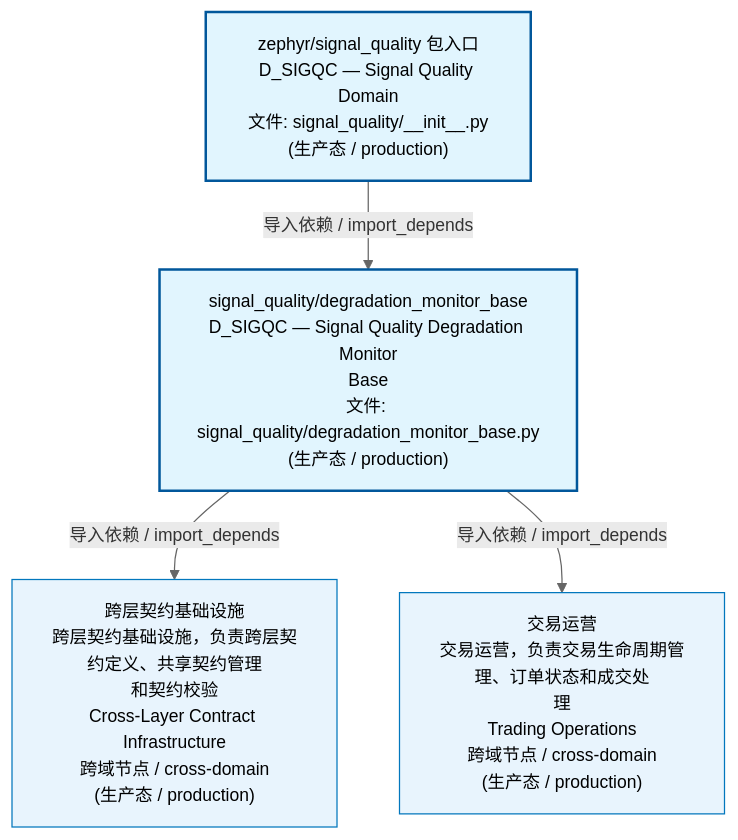
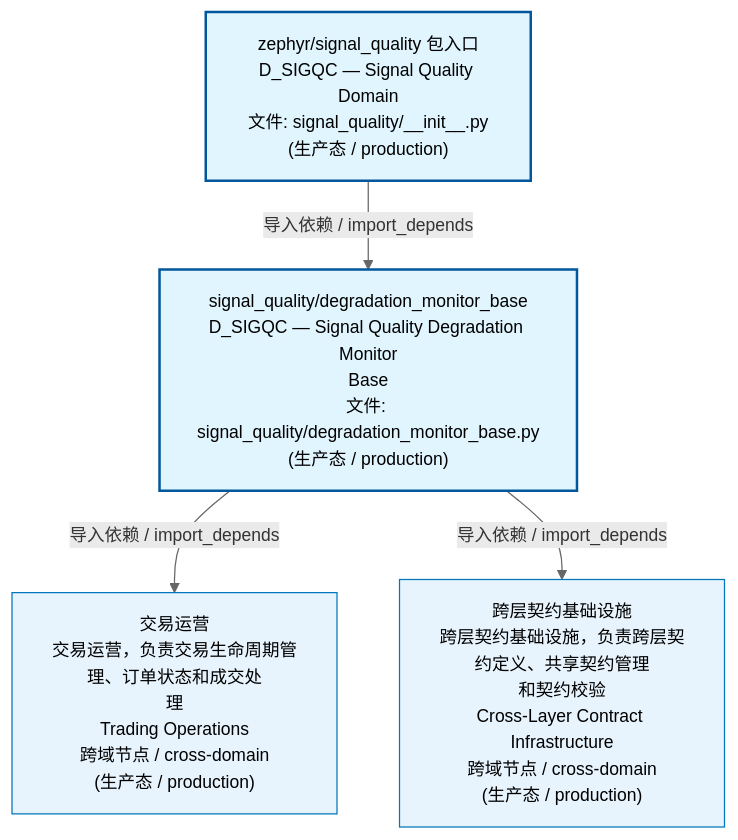
Before and after one commit to xuanFelixVan/ZephyrAlpha: the first of 3 diagrams in docs/02_enterprise_architecture/02_domain_architecture_docs/69_d_sigqc.md, drawn with Mermaid. The commit also changed 44 other files, not shown here.

````diff
--- a/docs/02_enterprise_architecture/02_domain_architecture_docs/69_d_sigqc.md
+++ b/docs/02_enterprise_architecture/02_domain_architecture_docs/69_d_sigqc.md
@@ -53,17 +53,17 @@
 ```mermaid
 %%{init: {'theme': 'base', 'themeVariables': {'primaryColor': '#eaeaea', 'primaryTextColor': '#333333', 'primaryBorderColor': '#666666', 'lineColor': '#666666', 'secondaryColor': '#eaeaea', 'tertiaryColor': '#eaeaea', 'fontSize': '14px'}}}%%
 flowchart TD
     src_zephyr_signal_quality_init_py["zephyr/signal_quality 包入口<br/>D_SIGQC — Signal Quality Domain<br/>文件: signal_quality/__init__.py<br/>(生产态 / production)"]
     src_zephyr_signal_quality_degradation_monitor_base_py["signal_quality/degradation_monitor_base<br/>D_SIGQC — Signal Quality Degradation Monitor<br/>Base<br/>文件: signal_quality/degradation_monitor_base.py<br/>(生产态 / production)"]
     src_zephyr_signal_quality_init_py -->|导入依赖 / import_depends| src_zephyr_signal_quality_degradation_monitor_base_py
+    D_TRADING["交易运营<br/>交易运营，负责交易生命周期管理、订单状态和成交处<br/>理<br/>Trading Operations<br/>跨域节点 / cross-domain<br/>(生产态 / production)"]
+    src_zephyr_signal_quality_degradation_monitor_base_py -->|导入依赖 / import_depends| D_TRADING
     D_INFRASTRUCTURE["跨层契约基础设施<br/>跨层契约基础设施，负责跨层契约定义、共享契约管理<br/>和契约校验<br/>Cross-Layer Contract Infrastructure<br/>跨域节点 / cross-domain<br/>(生产态 / production)"]
     src_zephyr_signal_quality_degradation_monitor_base_py -->|导入依赖 / import_depends| D_INFRASTRUCTURE
-    D_TRADING["交易运营<br/>交易运营，负责交易生命周期管理、订单状态和成交处<br/>理<br/>Trading Operations<br/>跨域节点 / cross-domain<br/>(生产态 / production)"]
-    src_zephyr_signal_quality_degradation_monitor_base_py -->|导入依赖 / import_depends| D_TRADING
     classDef production fill:#e1f5fe,stroke:#01579b,stroke-width:2px,color:#000
     classDef design fill:#fff3e0,stroke:#e65100,stroke-width:2px,color:#000,stroke-dasharray: 5 5
     classDef external_prod fill:#e8f4fd,stroke:#0277bd,stroke-width:1px,color:#000
     classDef external_design fill:#fff8e7,stroke:#ef6c00,stroke-width:1px,color:#000,stroke-dasharray: 5 5
     class src_zephyr_signal_quality_init_py,src_zephyr_signal_quality_degradation_monitor_base_py production
-    class D_INFRASTRUCTURE,D_TRADING external_prod
+    class D_TRADING,D_INFRASTRUCTURE external_prod
 ```
````
